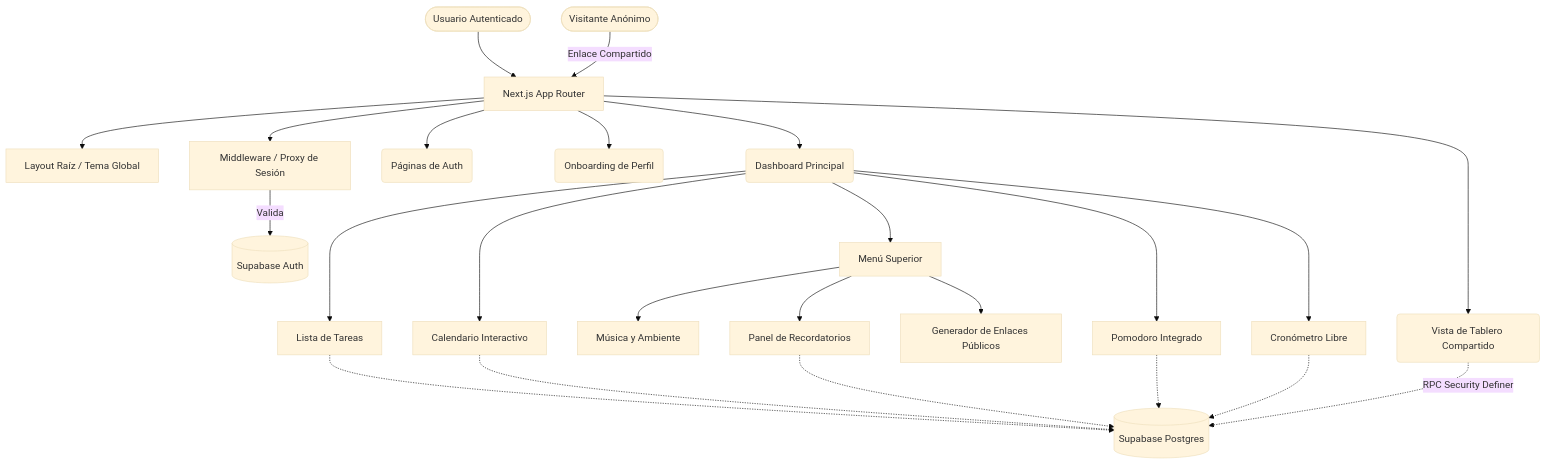
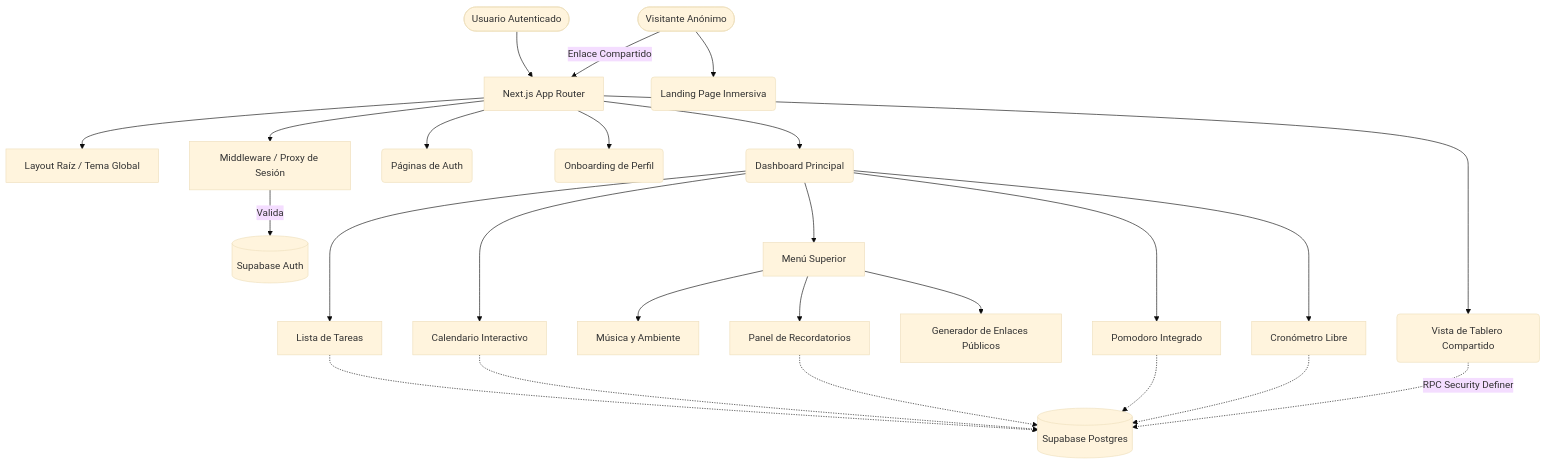
The diagram in README.md (ItsLouis30/Tempo-App), drawn with Mermaid (base theme) before and after one commit. The commit also changed other lines of this file, not shown here.

Commit message:
feat: actualizar README.md con mejoras en la Landing Page inmersiva y detalles técnicos de la UI

````diff
--- a/README.md
+++ b/README.md
@@ -91,33 +90,34 @@
 ```mermaid
 flowchart TD
     U([Usuario Autenticado]) --> A[Next.js App Router]
     V([Visitante Anónimo]) --> |Enlace Compartido| A
+    V --> L(Landing Page Inmersiva)
     
-    A --> L[Layout Raíz / Tema Global]
+    A --> Lay[Layout Raíz / Tema Global]
     A --> P[Middleware / Proxy de Sesión]
     P -- Valida --> S[(Supabase Auth)]
     
     A --> R1(Páginas de Auth)
     A --> R2(Onboarding de Perfil)
     A --> R3(Dashboard Principal)
     A --> R4(Vista de Tablero Compartido)
     
     R3 --> T[Lista de Tareas]
     R3 --> C[Calendario Interactivo]
     R3 --> H[Menú Superior]
     
     H --> M[Música y Ambiente]
     H --> N[Panel de Recordatorios]
     H --> S2[Generador de Enlaces Públicos]
     
     R3 --> P1[Pomodoro Integrado]
     R3 --> P2[Cronómetro Libre]
     
     T -.-> DB[(Supabase Postgres)]
     C -.-> DB
     P1 -.-> DB
     P2 -.-> DB
     N -.-> DB
     
     R4 -.-> |RPC Security Definer| DB
 ```
````
